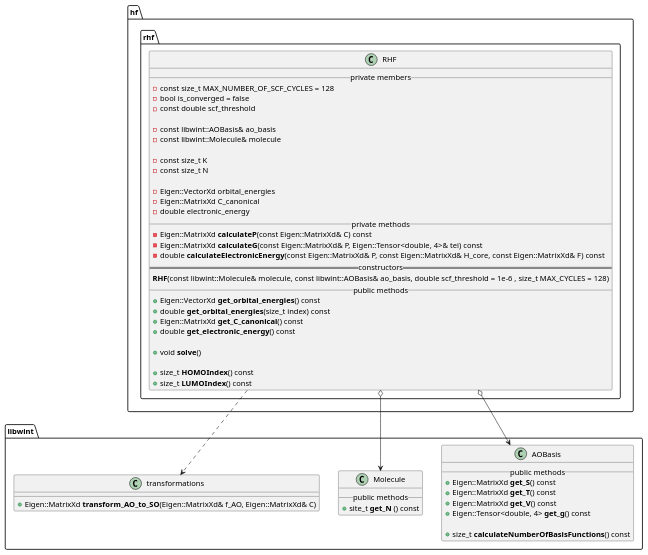
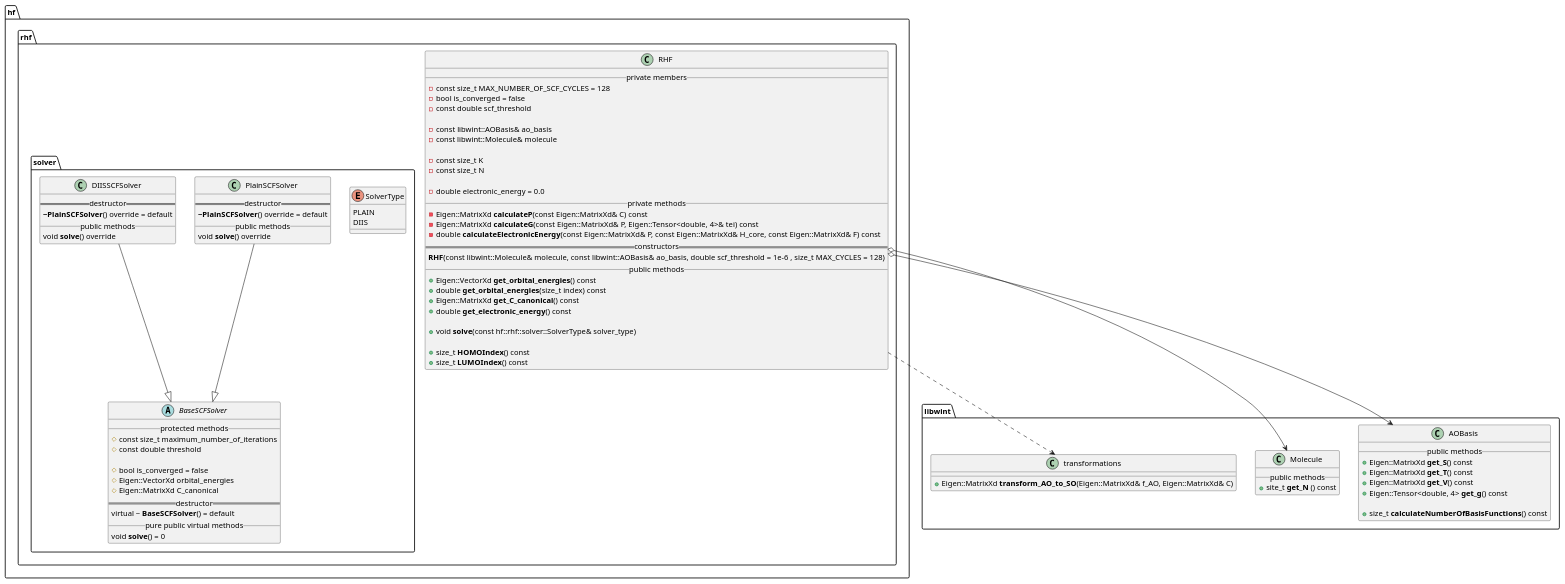
The diagram in docs/hf.puml (tmhuysen/hf), drawn with PlantUML before and after one commit.

Commit message:
Add the beginnings for the DIIS design.

```diff
--- a/docs/hf.puml
+++ b/docs/hf.puml
@@ -1,76 +1,116 @@
 @startuml
 
 
 namespace libwint {
 
     class AOBasis {
         __ public methods __
             + Eigen::MatrixXd **get_S**() const
             + Eigen::MatrixXd **get_T**() const
             + Eigen::MatrixXd **get_V**() const
             + Eigen::Tensor<double, 4> **get_g**() const
 
             + size_t **calculateNumberOfBasisFunctions**() const
     }
 
 
     class Molecule {
         __ public methods __
             + site_t **get_N** () const
     }
 
 
     class transformations {
         + Eigen::MatrixXd **transform_AO_to_SO**(Eigen::MatrixXd& f_AO, Eigen::MatrixXd& C)
     }
 
 }
 
 
 namespace hf {
     namespace rhf {
+        namespace solver {
+
+
+            enum SolverType {
+                PLAIN
+                DIIS
+            }
+
+            abstract class BaseSCFSolver {
+                __ protected methods __
+                    # const size_t maximum_number_of_iterations
+                    # const double threshold
+
+                    # bool is_converged = false
+                    # Eigen::VectorXd orbital_energies
+                    # Eigen::MatrixXd C_canonical
+                == destructor ==
+                    virtual ~ **BaseSCFSolver**() = default
+                __ pure public virtual methods __
+                    void **solve**() = 0
+            }
+
+            PlainSCFSolver --|> BaseSCFSolver
+            class PlainSCFSolver {
+                == destructor ==
+                    **~PlainSCFSolver**() override = default
+                __ public methods __
+                    void **solve**() override
+            }
+
+
+            DIISSCFSolver --|> BaseSCFSolver
+            class DIISSCFSolver {
+                == destructor ==
+                    **~PlainSCFSolver**() override = default
+                __ public methods __
+                    void **solve**() override
+            }
+
+
+
+        }
 
         class RHF {
             __ private members __
                 - const size_t MAX_NUMBER_OF_SCF_CYCLES = 128
                 - bool is_converged = false
                 - const double scf_threshold
 
                 - const libwint::AOBasis& ao_basis
                 - const libwint::Molecule& molecule
 
                 - const size_t K
                 - const size_t N
 
-                - Eigen::VectorXd orbital_energies
-                - Eigen::MatrixXd C_canonical
-                - double electronic_energy
+                - double electronic_energy = 0.0
             __ private methods __
                 - Eigen::MatrixXd **calculateP**(const Eigen::MatrixXd& C) const
                 - Eigen::MatrixXd **calculateG**(const Eigen::MatrixXd& P, Eigen::Tensor<double, 4>& tei) const
                 - double **calculateElectronicEnergy**(const Eigen::MatrixXd& P, const Eigen::MatrixXd& H_core, const Eigen::MatrixXd& F) const
             == constructors ==
                 **RHF**(const libwint::Molecule& molecule, const libwint::AOBasis& ao_basis, double scf_threshold = 1e-6 , size_t MAX_CYCLES = 128)
             __ public methods __
                 + Eigen::VectorXd **get_orbital_energies**() const
                 + double **get_orbital_energies**(size_t index) const
                 + Eigen::MatrixXd **get_C_canonical**() const
                 + double **get_electronic_energy**() const
 
-                + void **solve**()
+                + void **solve**(const hf::rhf::solver::SolverType& solver_type)
 
                 + size_t **HOMOIndex**() const
                 + size_t **LUMOIndex**() const
         }
     }
 }
 
 
 
 hf.rhf.RHF o--> libwint.AOBasis
 
 hf.rhf.RHF o--> libwint.Molecule
 
 hf.rhf.RHF ..> libwint.transformations
 
 @enduml
```
